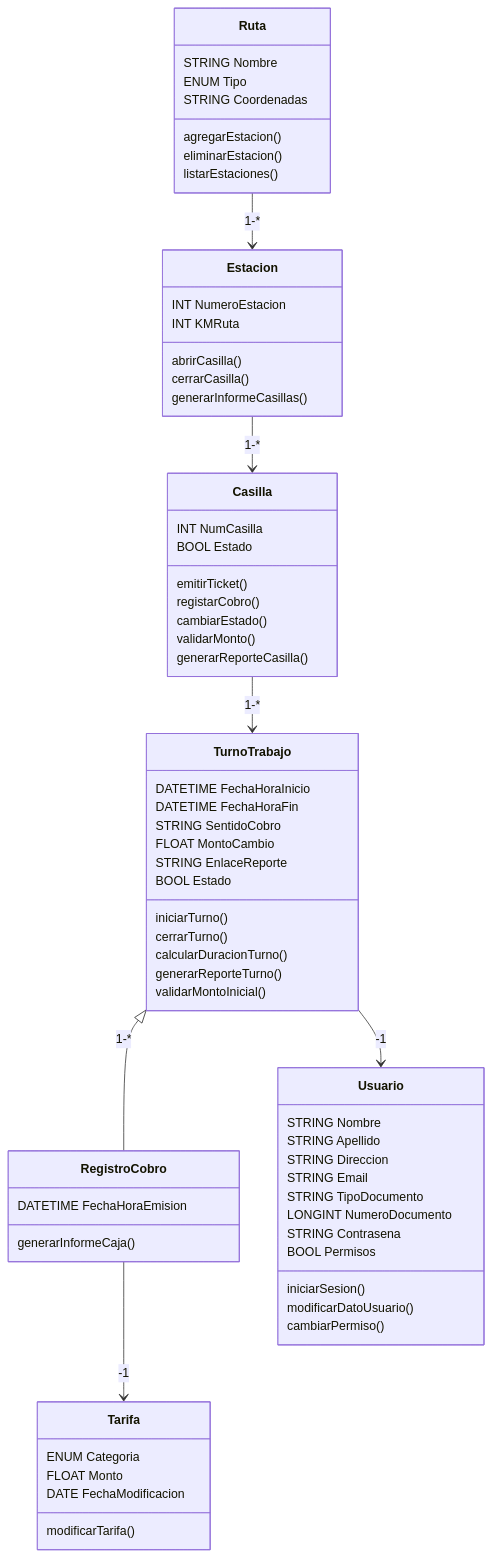
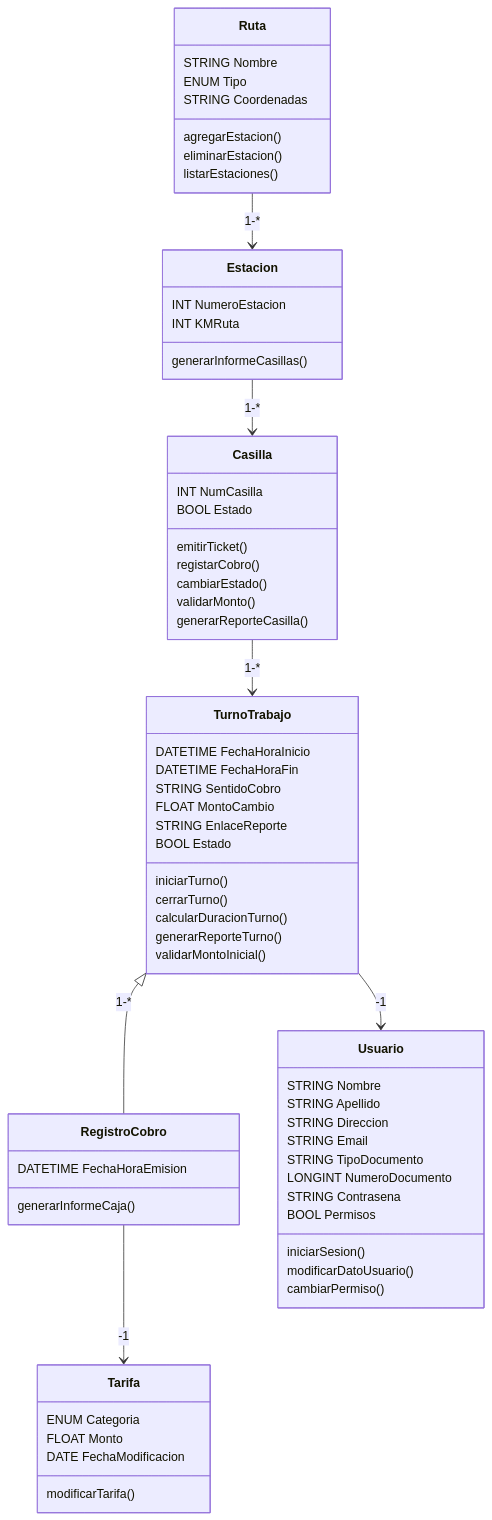
Before and after one commit to facugirardi/Peaje: the diagram in docs/mmd_files/diagramClass.mmd, drawn with Mermaid. The commit also changed 4 other files, not shown here.

```diff
--- a/docs/mmd_files/diagramClass.mmd
+++ b/docs/mmd_files/diagramClass.mmd
@@ -1,76 +1,74 @@
 classDiagram
 
     Ruta --> Estacion : 1-*
     Estacion --> Casilla : 1-*
     Casilla --> TurnoTrabajo : 1-*
     TurnoTrabajo <|-- RegistroCobro : 1-*
     RegistroCobro --> Tarifa : -1
     TurnoTrabajo --> Usuario :-1
 
     class Ruta{
         STRING Nombre
         ENUM Tipo
         STRING Coordenadas
         agregarEstacion()
         eliminarEstacion()
         listarEstaciones()
     }
 
     class Estacion{
         INT NumeroEstacion
         INT KMRuta
-        abrirCasilla()
-        cerrarCasilla()
         generarInformeCasillas()
     }
 
     class Casilla{
         INT NumCasilla
         BOOL Estado
 
         emitirTicket()
         registarCobro()
         cambiarEstado()
         validarMonto()
         generarReporteCasilla()
     }
 
     class TurnoTrabajo{
         DATETIME FechaHoraInicio
         DATETIME FechaHoraFin
         STRING SentidoCobro
         FLOAT MontoCambio
         STRING EnlaceReporte
         BOOL Estado
         iniciarTurno()
         cerrarTurno()
         calcularDuracionTurno()
         generarReporteTurno()
         validarMontoInicial()
     }
 
     class RegistroCobro{
         DATETIME FechaHoraEmision
         generarInformeCaja()
     }
 
     class Usuario{
         STRING Nombre
         STRING Apellido
         STRING Direccion
         STRING Email
         STRING TipoDocumento
         LONGINT NumeroDocumento
         STRING Contrasena
         BOOL Permisos
         iniciarSesion()
         modificarDatoUsuario()
         cambiarPermiso()
     }
 
     class Tarifa{
         ENUM Categoria
         FLOAT Monto
         DATE FechaModificacion
         modificarTarifa()
     }
```
